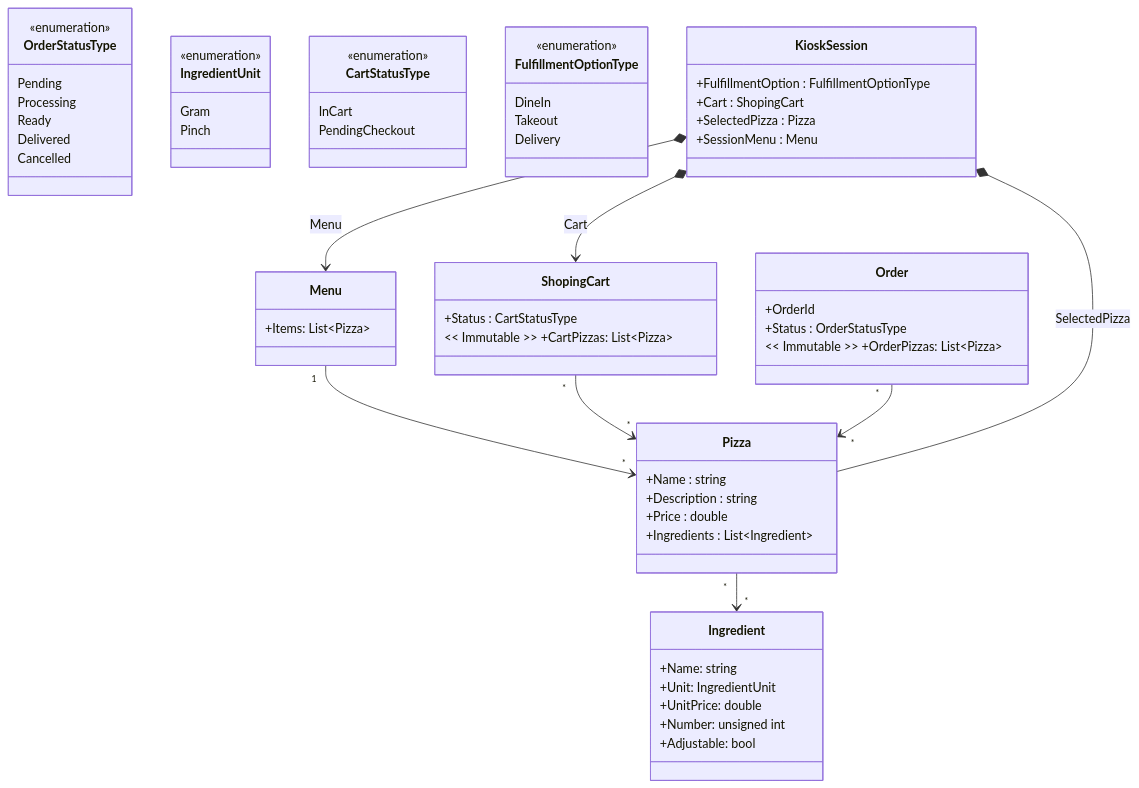
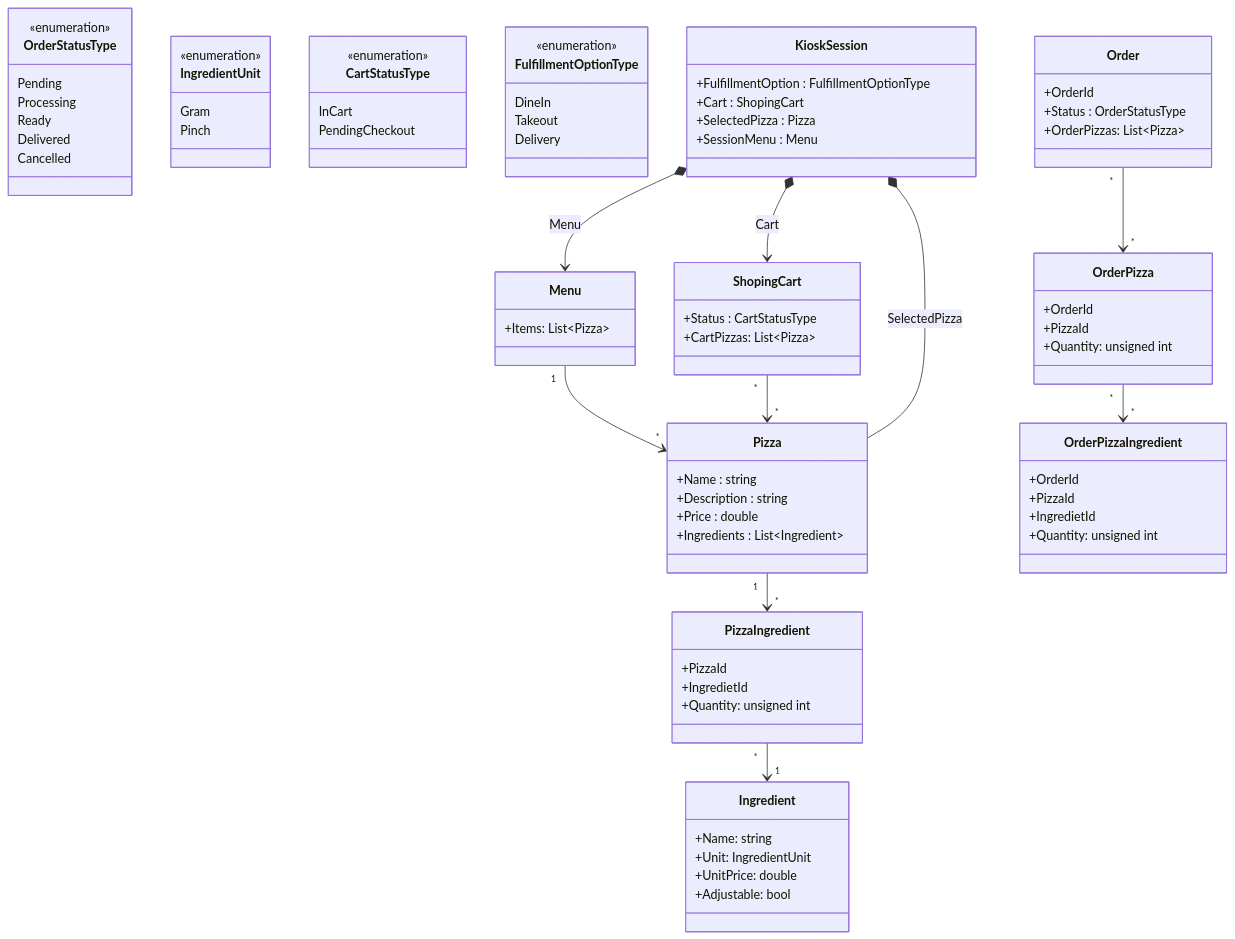
Before and after one commit to ekral/FAI: the diagram in AF/src/Utb.PizzaKiosk/README.md, drawn with Mermaid.

Commit message:
Update diagram

```diff
--- a/AF/src/Utb.PizzaKiosk/README.md
+++ b/AF/src/Utb.PizzaKiosk/README.md
@@ -213,19 +213,18 @@
    class Order{
       +OrderId
       +Status : OrderStatusType
-      << Immutable >> +OrderPizzas: List~Pizza~
+      +OrderPizzas: List~Pizza~
    }
 
    class ShopingCart{
       +Status : CartStatusType
-      << Immutable >> +CartPizzas: List~Pizza~
+      +CartPizzas: List~Pizza~
    }
 
    class Ingredient{
       +Name: string
       +Unit: IngredientUnit
       +UnitPrice: double
-      +Number: unsigned int
       +Adjustable: bool
    }
 
@@ -240,10 +239,31 @@
       +Ingredients : List~Ingredient~
    }
 
+   class PizzaIngredient {
+      +PizzaId
+      +IngredietId
+      +Quantity: unsigned int
+   }
+
+   class OrderPizza {
+      +OrderId
+      +PizzaId
+      +Quantity: unsigned int
+   }
+
+   class OrderPizzaIngredient {
+       +OrderId
+       +PizzaId
+       +IngredietId
+       +Quantity: unsigned int
+   }
+
    Menu "1" --> "*" Pizza
-   Pizza "*" --> "*" Ingredient
+   Pizza "1" --> "*" PizzaIngredient
+   PizzaIngredient "*" --> "1" Ingredient
    ShopingCart "*" --> "*" Pizza
-   Order "*" --> "*" Pizza
+   Order "*" --> "*" OrderPizza
+   OrderPizza "*" --> "*" OrderPizzaIngredient
    KioskSession *-- Pizza  : SelectedPizza
    KioskSession *--> ShopingCart : Cart
    KioskSession *--> Menu : Menu
```
